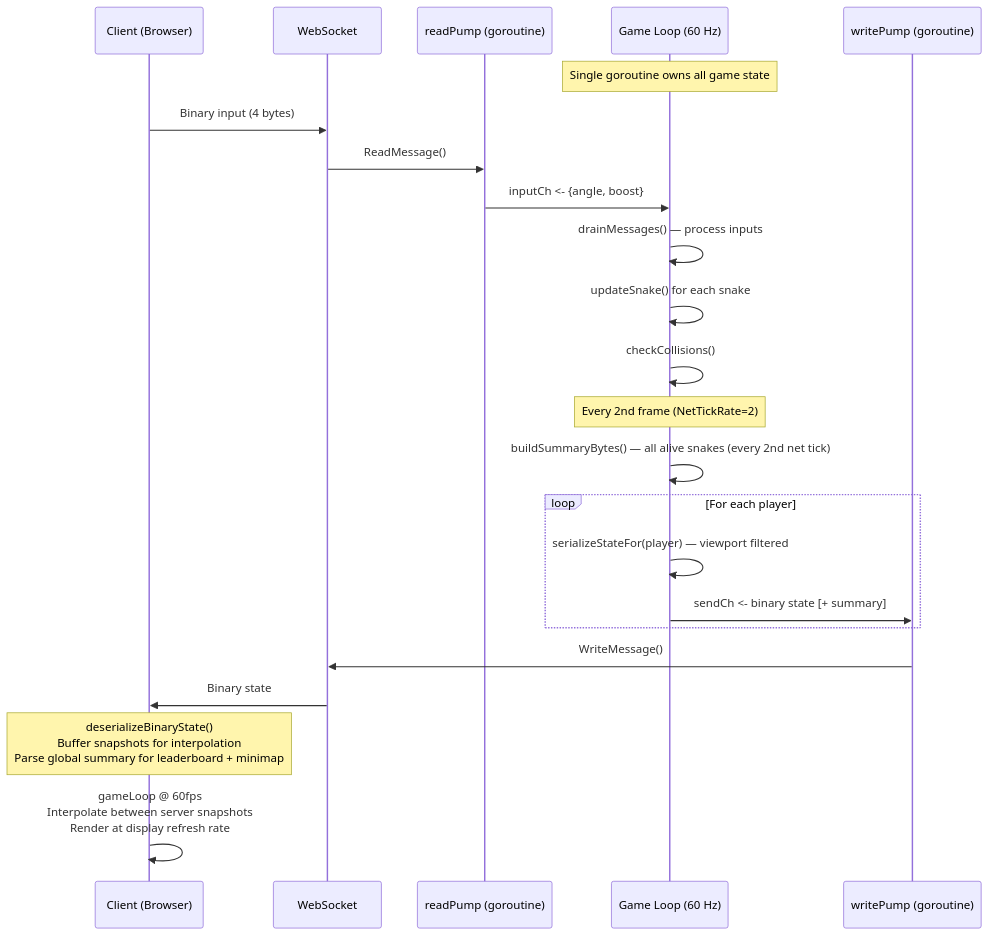
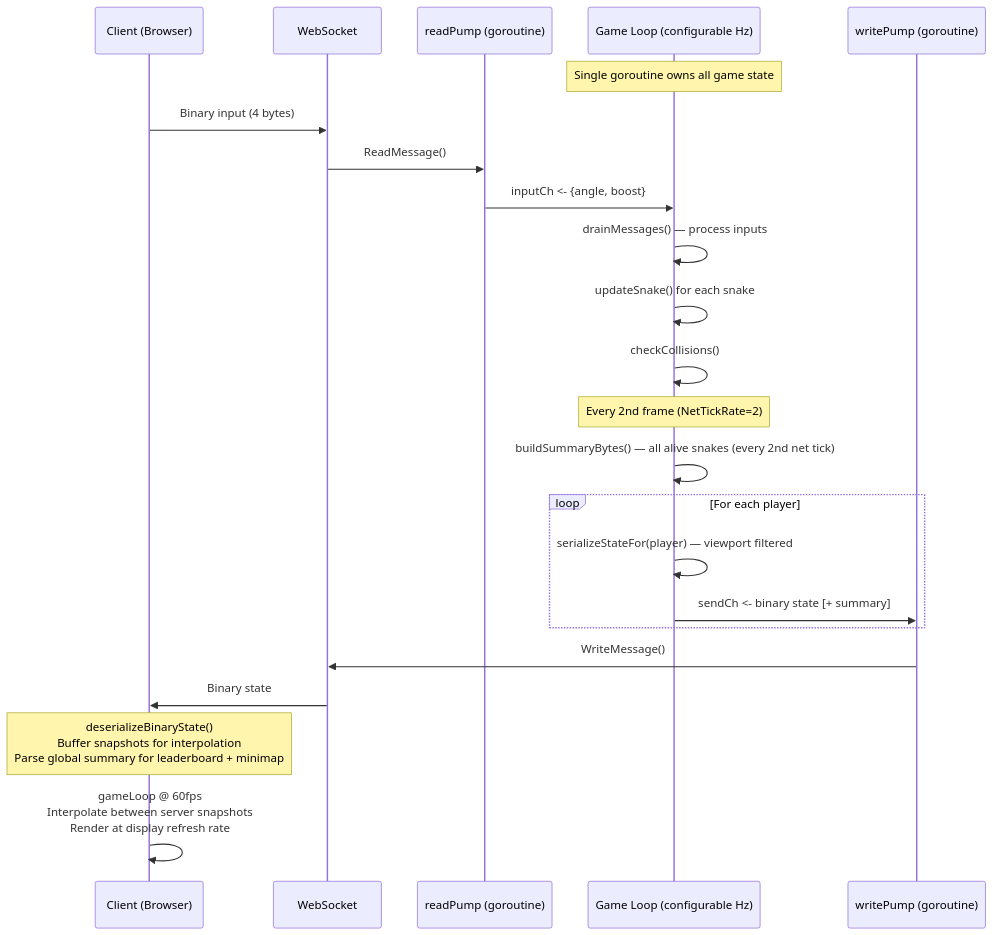
One commit to rswebdev/schlangen changed the second of 2 diagrams in README.md. Above: the diagram before and after it, drawn with Mermaid. The commit also changed other lines of this file, not shown here.

Commit message:
Update README.md to include Apple TV support and configurable tick rate details

````diff
--- a/README.md
+++ b/README.md
@@ -141,30 +158,30 @@
 ```mermaid
 sequenceDiagram
     participant Client as Client (Browser)
     participant WS as WebSocket
     participant RP as readPump (goroutine)
-    participant GL as Game Loop (60 Hz)
+    participant GL as Game Loop (configurable Hz)
     participant WP as writePump (goroutine)
 
     Note over GL: Single goroutine owns all game state
 
     Client->>WS: Binary input (4 bytes)
     WS->>RP: ReadMessage()
     RP->>GL: inputCh <- {angle, boost}
 
     GL->>GL: drainMessages() — process inputs
     GL->>GL: updateSnake() for each snake
     GL->>GL: checkCollisions()
 
     Note over GL: Every 2nd frame (NetTickRate=2)
     GL->>GL: buildSummaryBytes() — all alive snakes (every 2nd net tick)
     loop For each player
         GL->>GL: serializeStateFor(player) — viewport filtered
         GL->>WP: sendCh <- binary state [+ summary]
     end
     WP->>WS: WriteMessage()
     WS->>Client: Binary state
 
     Note over Client: deserializeBinaryState()<br/>Buffer snapshots for interpolation<br/>Parse global summary for leaderboard + minimap
     Client->>Client: gameLoop @ 60fps<br/>Interpolate between server snapshots<br/>Render at display refresh rate
 ```
````
